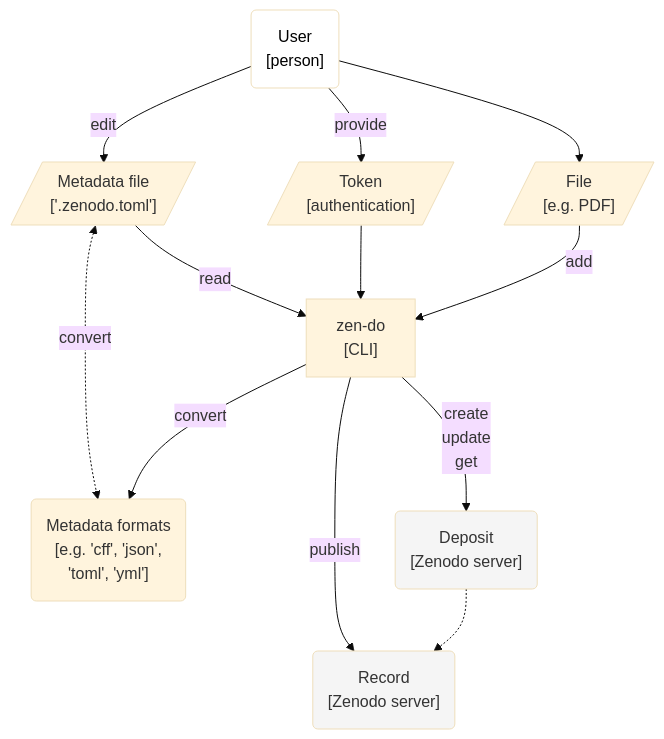
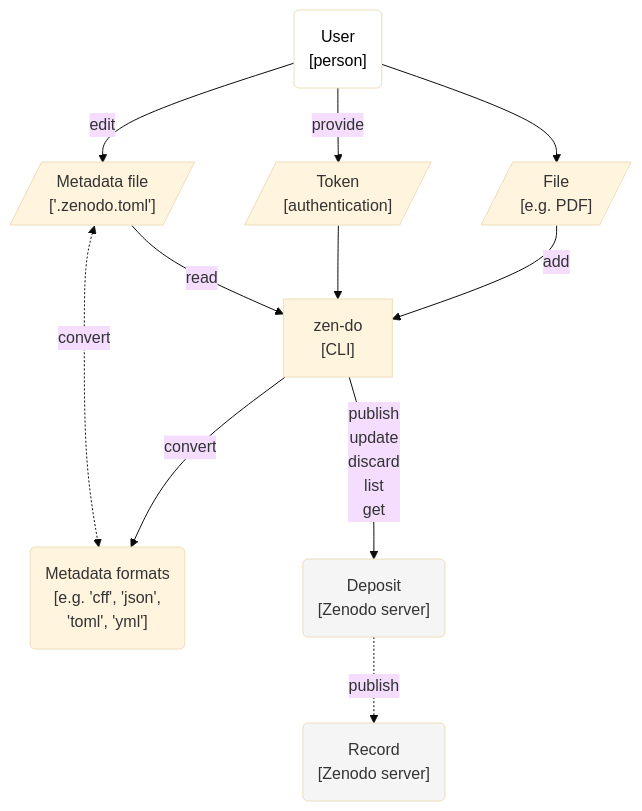
Before and after one commit to seedcase-project/zen-do: the first of 2 diagrams in docs/design/architecture.qmd, drawn with Mermaid (base theme). The commit also changed other lines of this file, not shown here.

````diff
--- a/docs/design/architecture.qmd
+++ b/docs/design/architecture.qmd
@@ -84,30 +82,29 @@
 ```{mermaid}
 %%| label: fig-c4-context
 %%| fig-cap: "Diagram showing the interaction between user and external systems that zen-do interacts with. The parallogram boxes represent input, the rectangle represents the CLI, and the rounded boxes represent the start and end points of the flow. The gray boxes represent external systems, in this case, the Zenodo server."
 %%| fig-alt: "Flowchart diagram with boxes and arrows/connections for the different objects and actions. The user interacts with the metadata file, the metadata formats, the CLI, the file to add to a deposit, and the Zenodo server for both deposits and records."
 flowchart TB
     user("User<br>[person]"):::user
     metadata[/"Metadata file<br>['.zenodo.toml']"/]
     metadata_formats("Metadata formats<br>[e.g. 'cff', 'json',<br>'toml', 'yml']")
     deposit("Deposit<br>[Zenodo server]"):::external
     record("Record<br>[Zenodo server]"):::external
     file[/"File<br>[e.g. PDF]"/]
     token[/"Token<br>[authentication]"/]
     zen_do["zen-do<br>[CLI]"]
 
     user -->|edit| metadata
     user -->|provide| token
     metadata -->|read| zen_do
     metadata <-.->|convert| metadata_formats
     token --> zen_do
     zen_do -->|convert| metadata_formats
     file -->|add| zen_do
     user --> file
-    zen_do -->|create<br>update<br>get| deposit
-    zen_do -->|publish| record
-    deposit -.-> record
+    zen_do -->|publish<br>update<br>discard<br>list<br>get| deposit
+    deposit -.->|publish| record
 
     %% Styling
     classDef user fill:#FFFFFF,color:#000000;
     classDef external fill:#F5F5F5;
 ```
````
